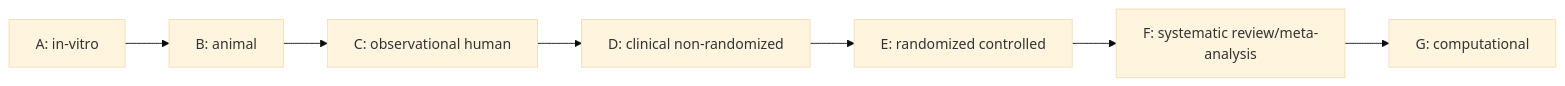
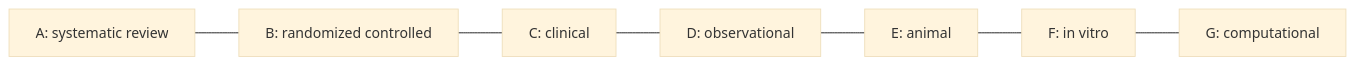
One commit to Ciprian-LocalPulse/OpenLongevityLab changed the third of 6 diagrams in WHITEPAPER.md. Above: the diagram before and after it, drawn with Mermaid (base theme). The commit also changed other lines of this file and 85 other files, not shown here.

````diff
--- a/WHITEPAPER.md
+++ b/WHITEPAPER.md
@@ -101,9 +103,9 @@
 ```mermaid
 flowchart LR
-    A[A: in-vitro] --> B[B: animal]
-    B --> C[C: observational human]
-    C --> D[D: clinical non-randomized]
-    D --> E[E: randomized controlled]
-    E --> F[F: systematic review/meta-analysis]
-    F --> G[G: computational]
+    A[A: systematic review] --- B[B: randomized controlled]
+    B --- C[C: clinical]
+    C --- D[D: observational]
+    D --- E[E: animal]
+    E --- F[F: in vitro]
+    F --- G[G: computational]
 ```
````
